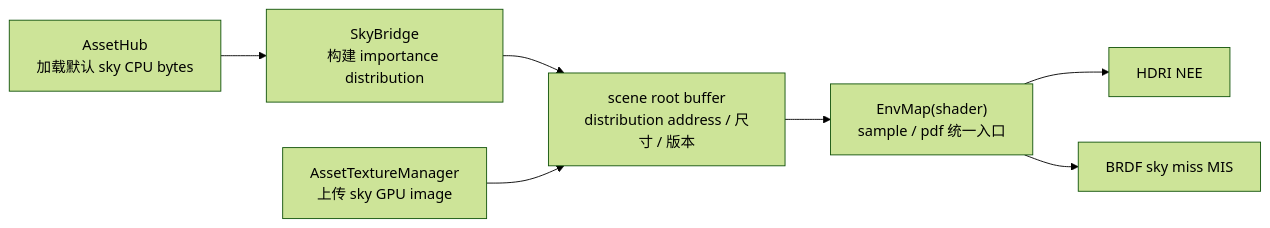
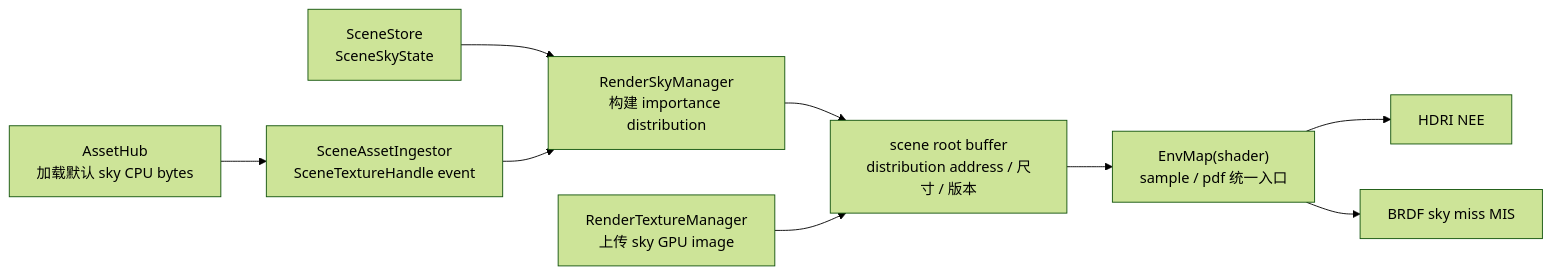
One commit to acccoco/TruvisRenderer changed the third of 3 diagrams in docs/summaries/hdri-sampling.md. Above: the diagram before and after it, drawn with Mermaid (forest theme). The commit also changed other lines of this file and 67 other files, not shown here.

````diff
--- a/docs/summaries/hdri-sampling.md
+++ b/docs/summaries/hdri-sampling.md
@@ -171,9 +173,11 @@
 ```mermaid
 flowchart LR
-    AssetHub["AssetHub<br/>加载默认 sky CPU bytes"] --> SkyBridge["SkyBridge<br/>构建 importance distribution"]
-    SkyBridge --> SceneRoot["scene root buffer<br/>distribution address / 尺寸 / 版本"]
-    AssetTextureManager["AssetTextureManager<br/>上传 sky GPU image"] --> SceneRoot
+    AssetHub["AssetHub<br/>加载默认 sky CPU bytes"] --> Ingestor["SceneAssetIngestor<br/>SceneTextureHandle event"]
+    SceneStore["SceneStore<br/>SceneSkyState"] --> RenderSkyManager
+    Ingestor --> RenderSkyManager["RenderSkyManager<br/>构建 importance distribution"]
+    RenderSkyManager --> SceneRoot["scene root buffer<br/>distribution address / 尺寸 / 版本"]
+    RenderTextureManager["RenderTextureManager<br/>上传 sky GPU image"] --> SceneRoot
     SceneRoot --> EnvMap["EnvMap(shader)<br/>sample / pdf 统一入口"]
     EnvMap --> Nee["HDRI NEE"]
     EnvMap --> Miss["BRDF sky miss MIS"]
 ```
````
